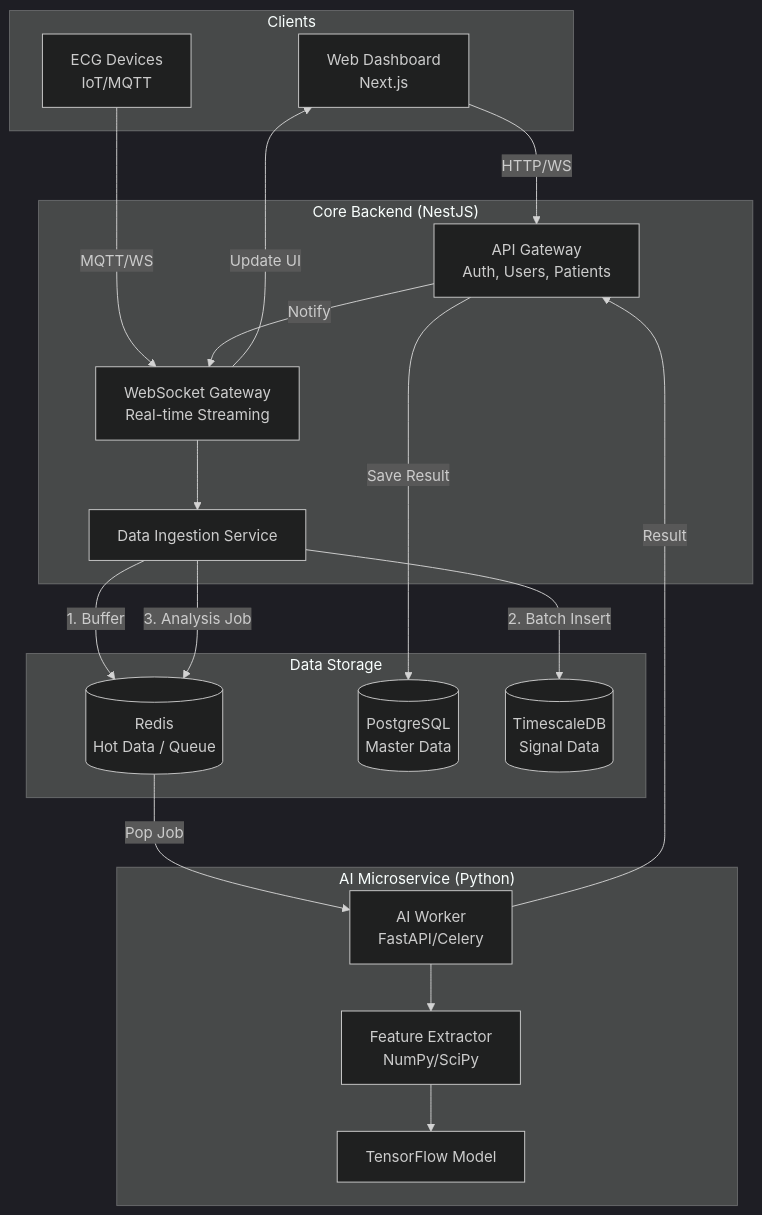
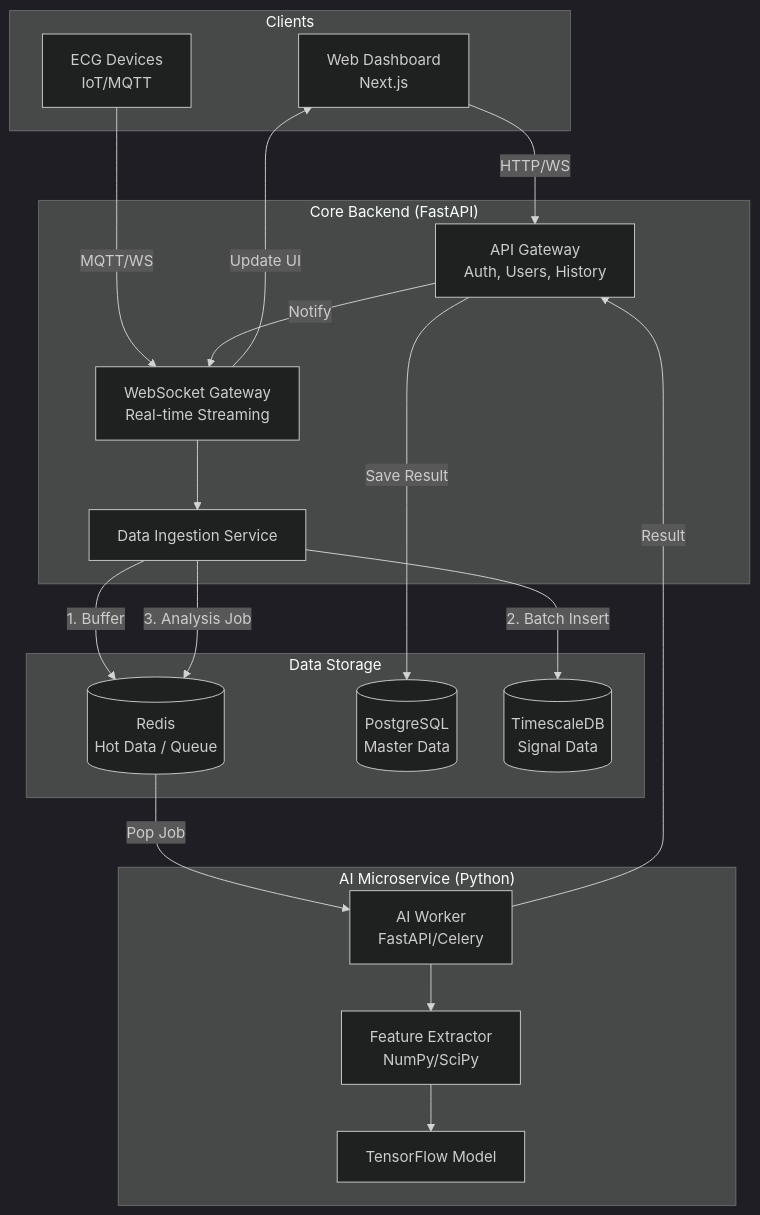
The first of 2 diagrams in DESIGN_DOCUMENT.md (affanrk/ecg-puskesmas), drawn with Mermaid (dark theme) before and after one commit. The commit also changed other lines of this file and 30 other files, not shown here.

Commit message:
BE: Refactor backend architecture, modernize repositories, and enhance authentication endpoints

````diff
--- a/DESIGN_DOCUMENT.md
+++ b/DESIGN_DOCUMENT.md
@@ -7,41 +7,41 @@
 ```mermaid
 graph TD
     subgraph "Clients"
         WEB[Web Dashboard<br/>Next.js]
         IOT[ECG Devices<br/>IoT/MQTT]
     end
 
-    subgraph "Core Backend (NestJS)"
-        API[API Gateway<br/>Auth, Users, Patients]
+    subgraph "Core Backend (FastAPI)"
+        API[API Gateway<br/>Auth, Users, History]
         WS[WebSocket Gateway<br/>Real-time Streaming]
         INGEST[Data Ingestion Service]
     end
 
     subgraph "AI Microservice (Python)"
         WORKER[AI Worker<br/>FastAPI/Celery]
         MODEL[TensorFlow Model]
         FE[Feature Extractor<br/>NumPy/SciPy]
     end
 
     subgraph "Data Storage"
         REDIS[(Redis<br/>Hot Data / Queue)]
         PGSQL[(PostgreSQL<br/>Master Data)]
         TSDB[(TimescaleDB<br/>Signal Data)]
     end
 
     IOT -->|MQTT/WS| WS
     WEB -->|HTTP/WS| API
     
     WS --> INGEST
     INGEST -->|1. Buffer| REDIS
     INGEST -->|2. Batch Insert| TSDB
     
     INGEST -->|3. Analysis Job| REDIS
     REDIS -->|Pop Job| WORKER
     WORKER --> FE
     FE --> MODEL
     WORKER -->|Result| API
     API -->|Save Result| PGSQL
     API -->|Notify| WS
     WS -->|Update UI| WEB
 ```
````
